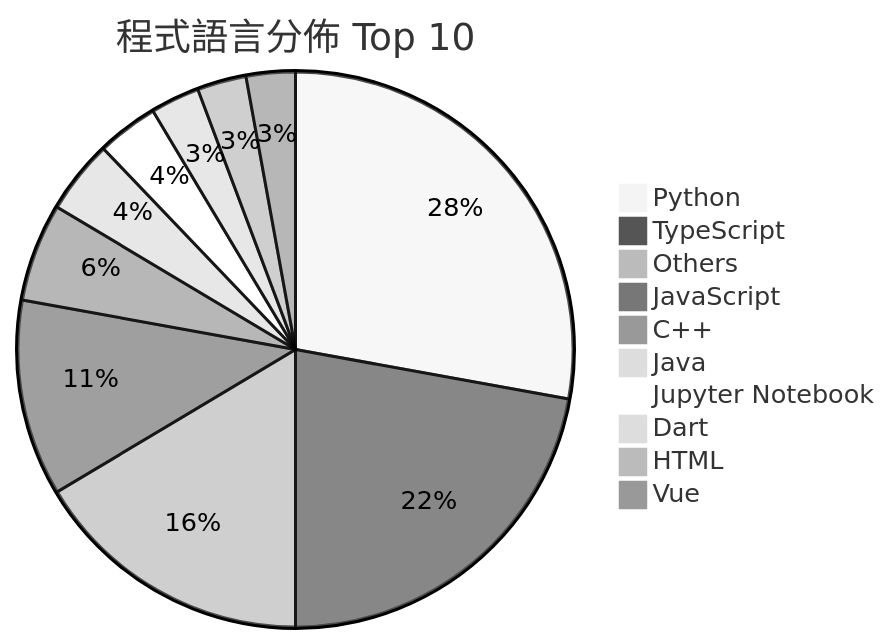
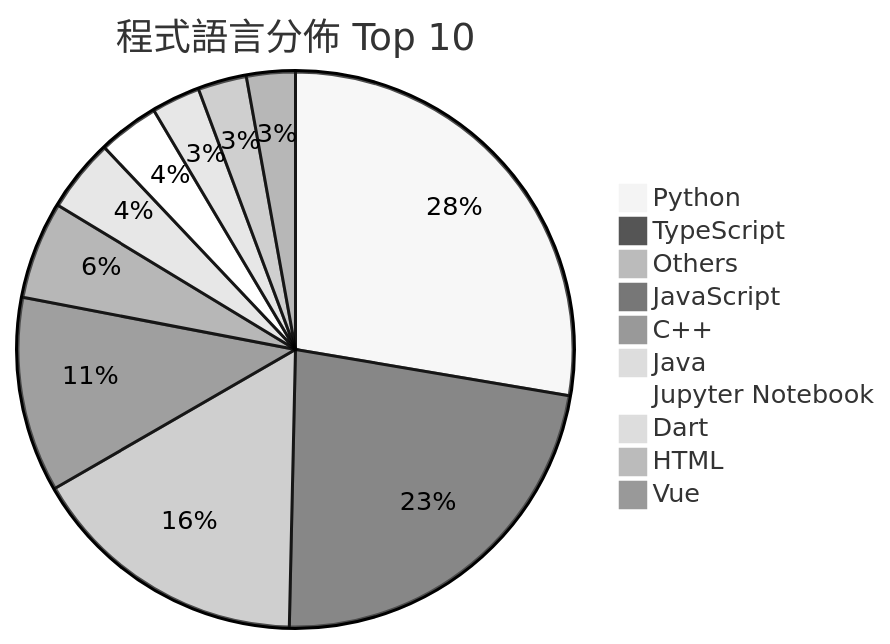
The second of 2 diagrams in README.md (Andy87877/GitHub-Star-Manager), drawn with Mermaid (neutral theme) before and after one commit. The commit also changed other lines of this file and 3 other files, not shown here.

````diff
--- a/README.md
+++ b/README.md
@@ -27,13 +27,13 @@
 ```mermaid
 pie title 程式語言分佈 Top 10
     "Python" : 39
-    "TypeScript" : 31
+    "TypeScript" : 32
     "Others" : 23
     "JavaScript" : 16
     "C++" : 8
     "Java" : 6
     "Jupyter Notebook" : 5
     "Dart" : 4
     "HTML" : 4
     "Vue" : 4
 ```
````
